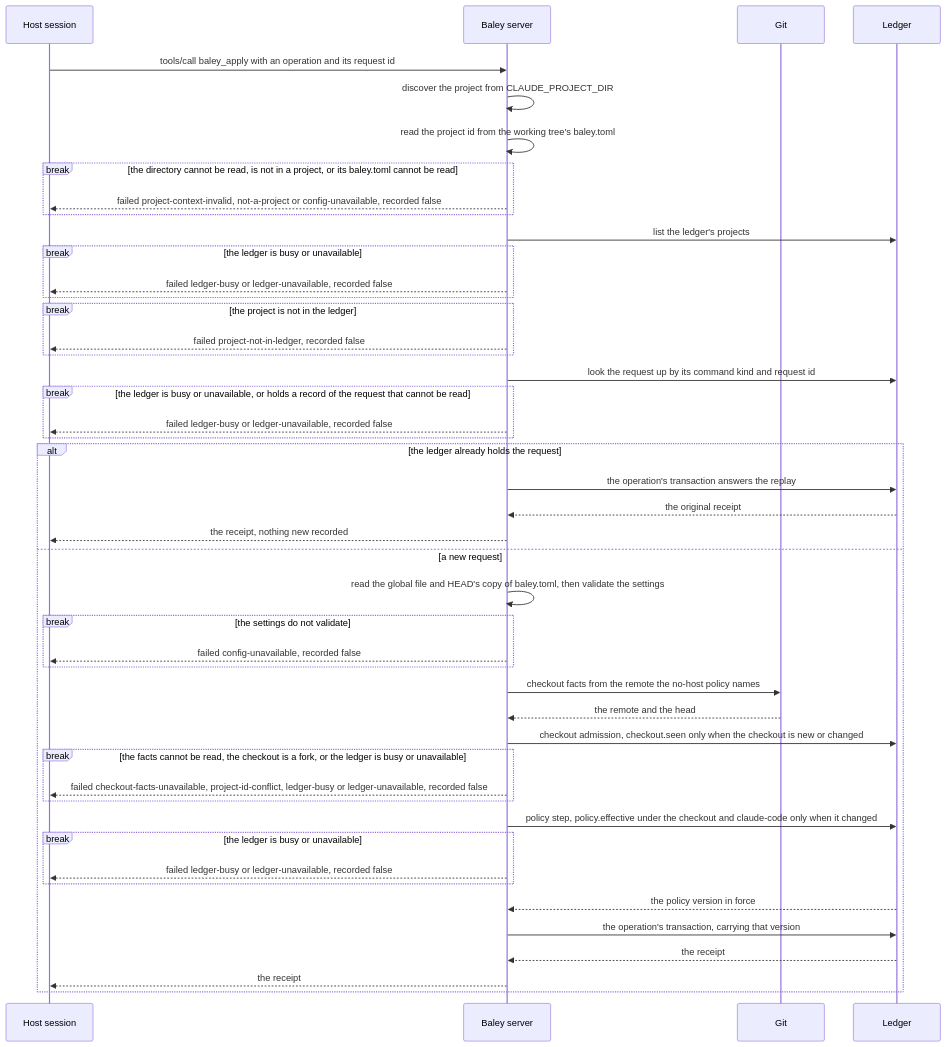
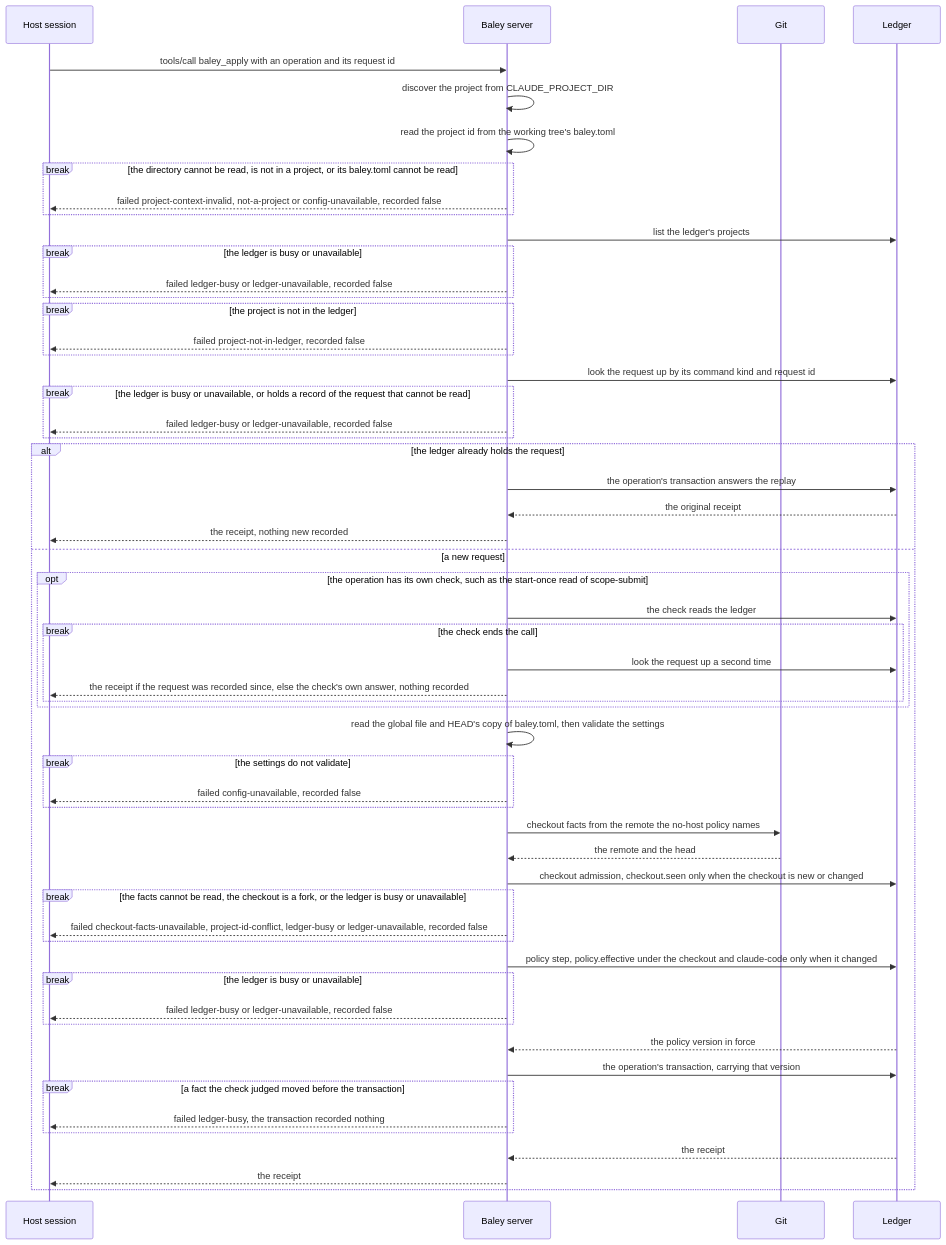
One commit to crenshawdev/baley changed the fourth of 8 diagrams in docs/design/0012-host-interface.md. Above: the diagram before and after it, drawn with Mermaid. The commit also changed other lines of this file, not shown here.

First line of the commit message:
docs(design): describe scope-submit and approval at the terminal in the host design

````diff
--- a/docs/design/0012-host-interface.md
+++ b/docs/design/0012-host-interface.md
@@ -486,48 +496,58 @@
 ```mermaid
 sequenceDiagram
   participant H as Host session
   participant S as Baley server
   participant G as Git
   participant L as Ledger
   H->>S: tools/call baley_apply with an operation and its request id
   S->>S: discover the project from CLAUDE_PROJECT_DIR
   S->>S: read the project id from the working tree's baley.toml
   break the directory cannot be read, is not in a project, or its baley.toml cannot be read
     S-->>H: failed project-context-invalid, not-a-project or config-unavailable, recorded false
   end
   S->>L: list the ledger's projects
   break the ledger is busy or unavailable
     S-->>H: failed ledger-busy or ledger-unavailable, recorded false
   end
   break the project is not in the ledger
     S-->>H: failed project-not-in-ledger, recorded false
   end
   S->>L: look the request up by its command kind and request id
   break the ledger is busy or unavailable, or holds a record of the request that cannot be read
     S-->>H: failed ledger-busy or ledger-unavailable, recorded false
   end
   alt the ledger already holds the request
     S->>L: the operation's transaction answers the replay
     L-->>S: the original receipt
     S-->>H: the receipt, nothing new recorded
   else a new request
+    opt the operation has its own check, such as the start-once read of scope-submit
+      S->>L: the check reads the ledger
+      break the check ends the call
+        S->>L: look the request up a second time
+        S-->>H: the receipt if the request was recorded since, else the check's own answer, nothing recorded
+      end
+    end
     S->>S: read the global file and HEAD's copy of baley.toml, then validate the settings
     break the settings do not validate
       S-->>H: failed config-unavailable, recorded false
     end
     S->>G: checkout facts from the remote the no-host policy names
     G-->>S: the remote and the head
     S->>L: checkout admission, checkout.seen only when the checkout is new or changed
     break the facts cannot be read, the checkout is a fork, or the ledger is busy or unavailable
       S-->>H: failed checkout-facts-unavailable, project-id-conflict, ledger-busy or ledger-unavailable, recorded false
     end
     S->>L: policy step, policy.effective under the checkout and claude-code only when it changed
     break the ledger is busy or unavailable
       S-->>H: failed ledger-busy or ledger-unavailable, recorded false
     end
     L-->>S: the policy version in force
     S->>L: the operation's transaction, carrying that version
+    break a fact the check judged moved before the transaction
+      S-->>H: failed ledger-busy, the transaction recorded nothing
+    end
     L-->>S: the receipt
     S-->>H: the receipt
   end
 ```
````
